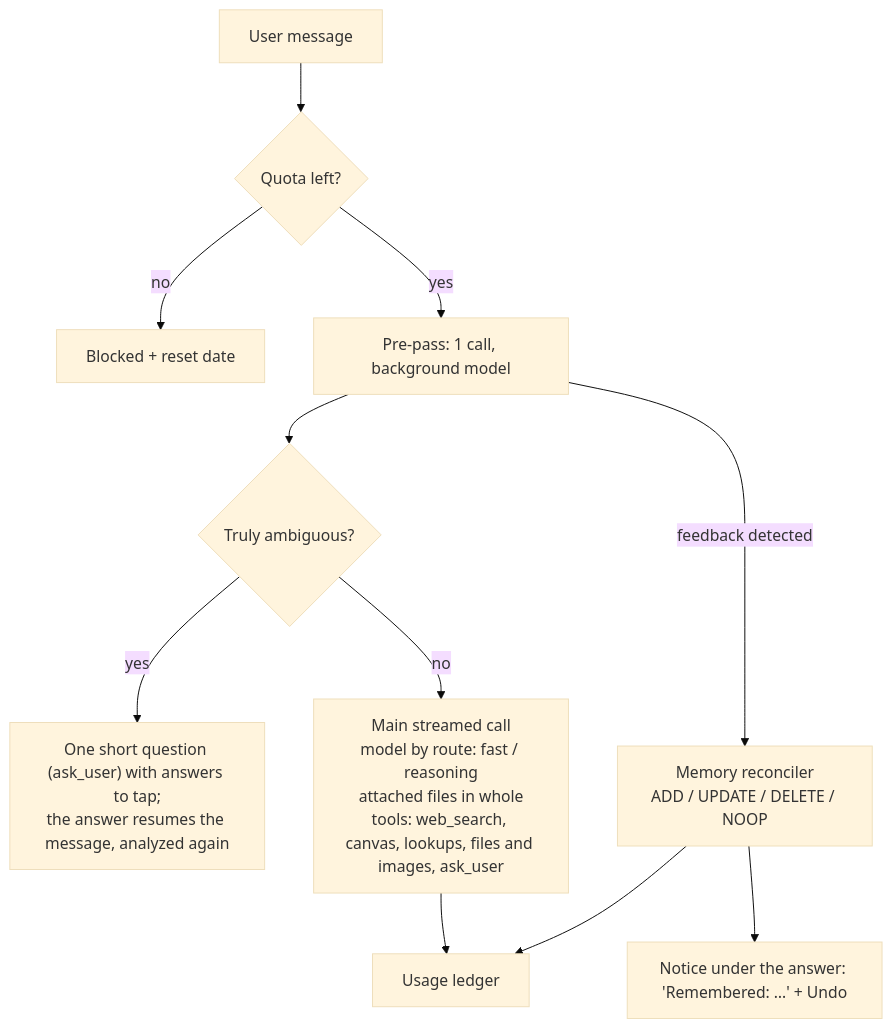
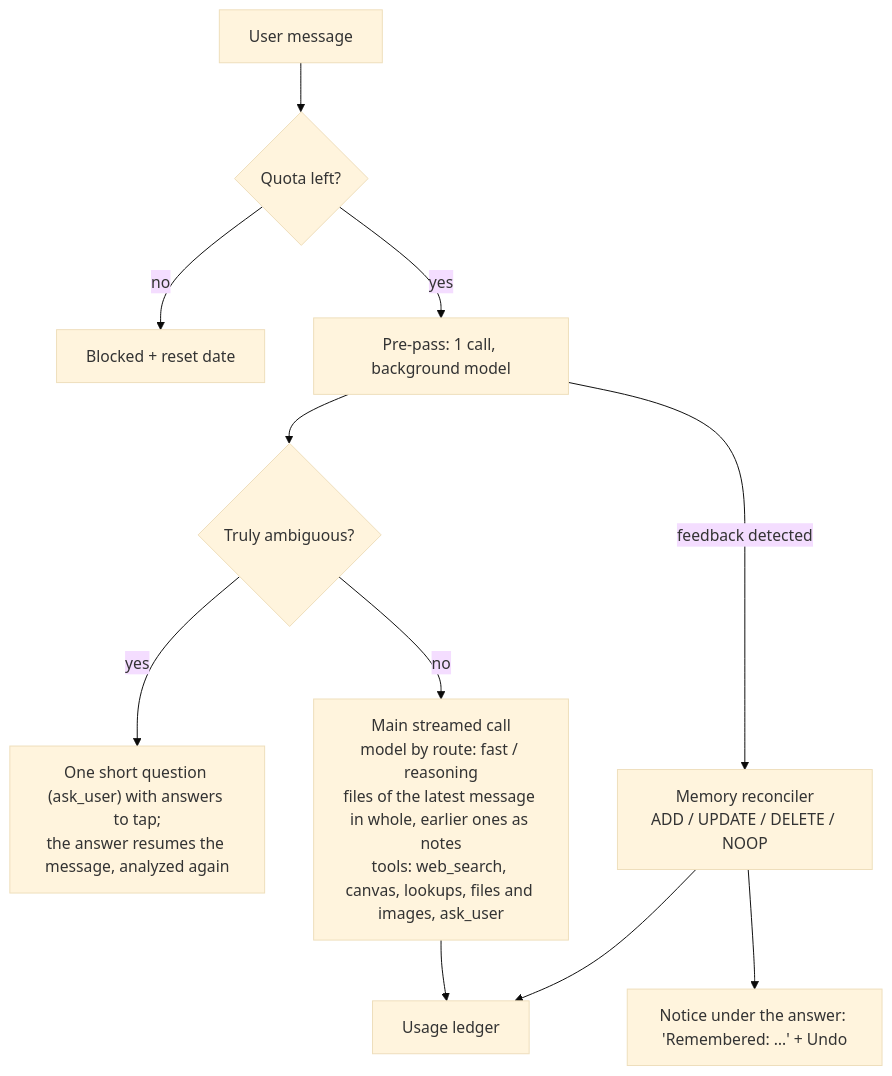
One commit to jonasroussel/open-agent changed the diagram in SPEC.md. Above: the diagram before and after it, drawn with Mermaid (base theme). The commit also changed other lines of this file and 44 other files, not shown here.

````diff
--- a/SPEC.md
+++ b/SPEC.md
@@ -65,13 +65,13 @@
 ```mermaid
 flowchart TD
   A[User message] --> Q{Quota left?}
   Q -- no --> B[Blocked + reset date]
   Q -- yes --> P["Pre-pass: 1 call, background model"]
   P --> C{Truly ambiguous?}
   C -- yes --> D["One short question (ask_user) with answers to tap;<br/>the answer resumes the message, analyzed again"]
-  C -- no --> M["Main streamed call<br/>model by route: fast / reasoning<br/>attached files in whole<br/>tools: web_search, canvas, lookups, files and images, ask_user"]
+  C -- no --> M["Main streamed call<br/>model by route: fast / reasoning<br/>files of the latest message in whole, earlier ones as notes<br/>tools: web_search, canvas, lookups, files and images, ask_user"]
   P -- feedback detected --> R["Memory reconciler<br/>ADD / UPDATE / DELETE / NOOP"]
   R --> T["Notice under the answer: 'Remembered: …' + Undo"]
   M --> U[Usage ledger]
   R --> U
 ```
````
